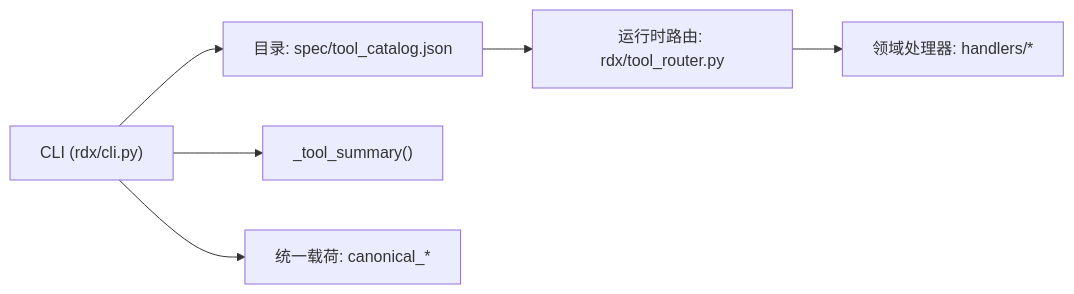
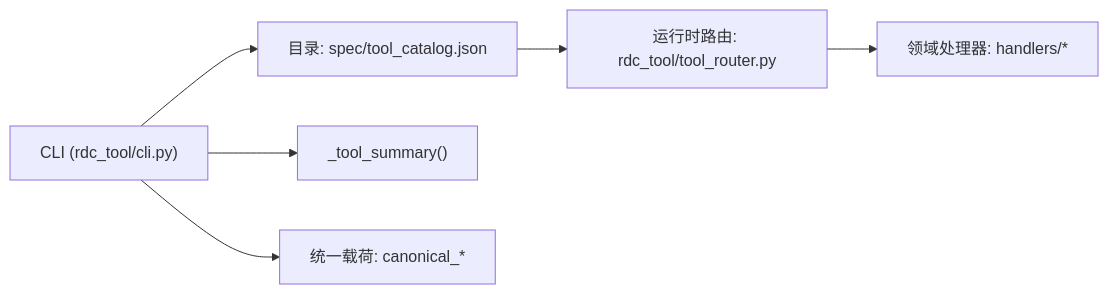
One commit to haolange/RDC-Tool changed the fifth of 5 diagrams in .qoder/repowiki/zh/content/CLI参考手册/工具管理命令.md. Above: the diagram before and after it, drawn with Mermaid. The commit also changed other lines of this file and 388 other files, not shown here.

First line of the commit message:
Release RDC-Tool identity and public maintenance surface

````diff
--- a/.qoder/repowiki/zh/content/CLI参考手册/工具管理命令.md
+++ b/.qoder/repowiki/zh/content/CLI参考手册/工具管理命令.md
@@ -240,8 +240,8 @@
 ```mermaid
 graph LR
-CLI["CLI (rdx/cli.py)"] --> CAT["目录: spec/tool_catalog.json"]
+CLI["CLI (rdc_tool/cli.py)"] --> CAT["目录: spec/tool_catalog.json"]
 CLI --> SUM["_tool_summary()"]
 CLI --> OUT["统一载荷: canonical_*"]
-CAT --> ROUTER["运行时路由: rdx/tool_router.py"]
+CAT --> ROUTER["运行时路由: rdc_tool/tool_router.py"]
 ROUTER --> HND["领域处理器: handlers/*"]
 ```
````
